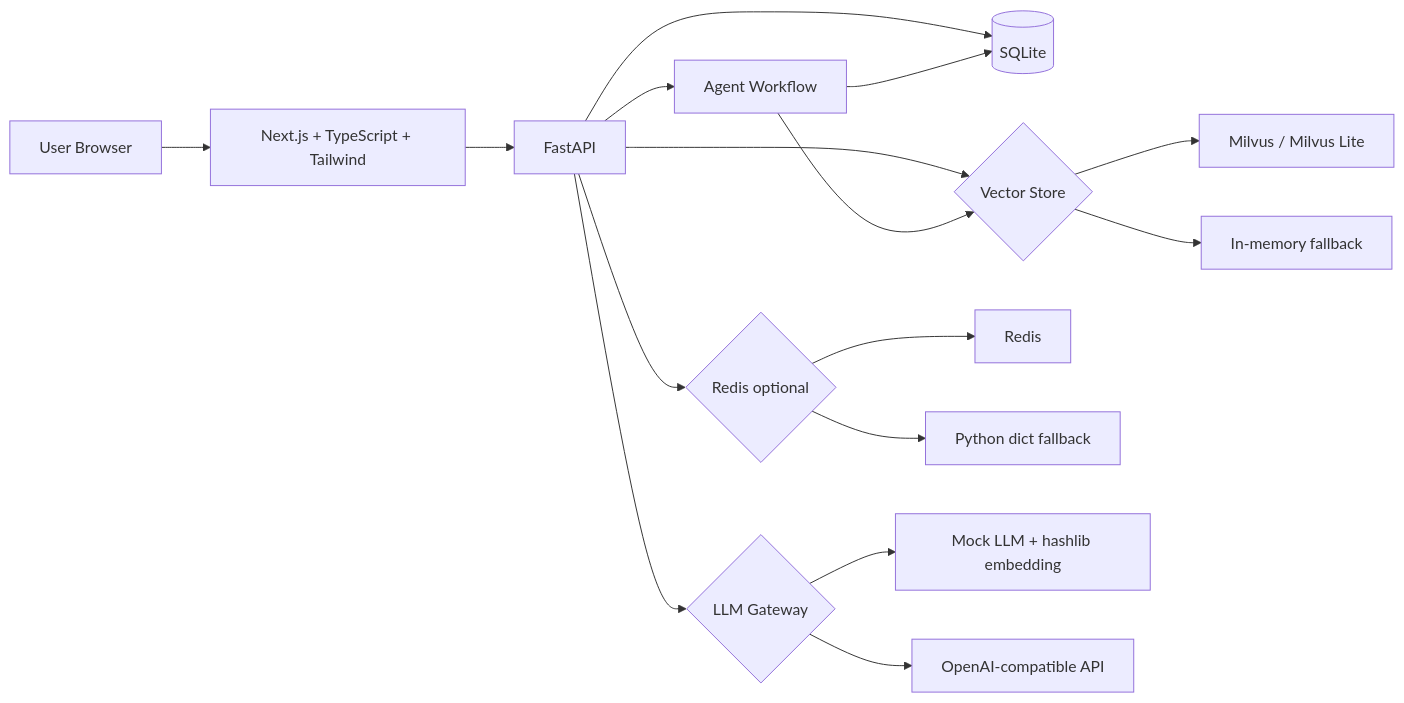
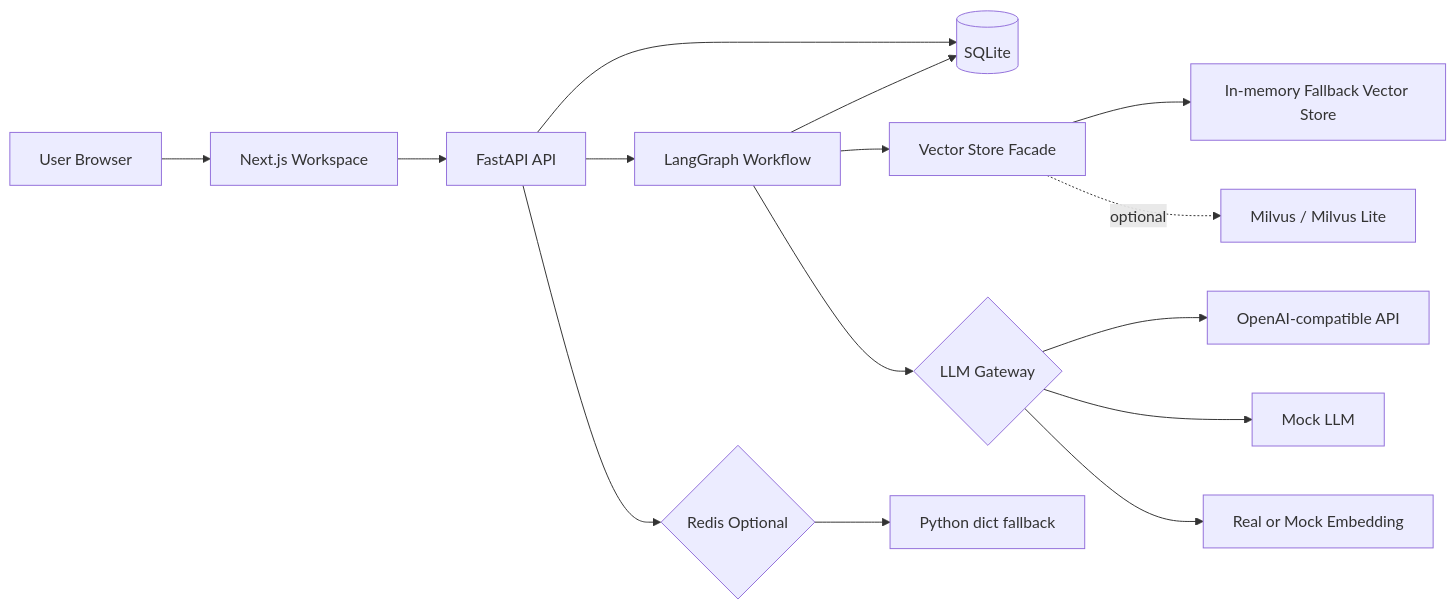
The first of 3 diagrams in README.md (wxl-0/FeedbackOS-Agent), drawn with Mermaid before and after one commit. The commit also changed other lines of this file and 2 other files, not shown here.

````diff
--- a/README.md
+++ b/README.md
@@ -17,18 +71,17 @@
 ```mermaid
 flowchart LR
-  U[User Browser] --> FE[Next.js + TypeScript + Tailwind]
-  FE --> API[FastAPI]
+  U[User Browser] --> FE[Next.js Workspace]
+  FE --> API[FastAPI API]
   API --> DB[(SQLite)]
-  API --> VS{Vector Store}
-  VS --> MILVUS[Milvus / Milvus Lite]
-  VS --> FALLBACK[In-memory fallback]
-  API --> CACHE{Redis optional}
-  CACHE --> REDIS[Redis]
-  CACHE --> MEM[Python dict fallback]
-  API --> LLM{LLM Gateway}
-  LLM --> MOCK[Mock LLM + hashlib embedding]
-  LLM --> OPENAI[OpenAI-compatible API]
-  API --> AGENT[Agent Workflow]
-  AGENT --> DB
-  AGENT --> VS
+  API --> AG[LangGraph Workflow]
+  AG --> DB
+  AG --> VS[Vector Store Facade]
+  VS --> FB[In-memory Fallback Vector Store]
+  VS -. optional .-> MILVUS[Milvus / Milvus Lite]
+  API --> REDIS{Redis Optional}
+  REDIS --> MEM[Python dict fallback]
+  AG --> LLM{LLM Gateway}
+  LLM --> REAL[OpenAI-compatible API]
+  LLM --> MOCK[Mock LLM]
+  LLM --> EMB[Real or Mock Embedding]
 ```
````
